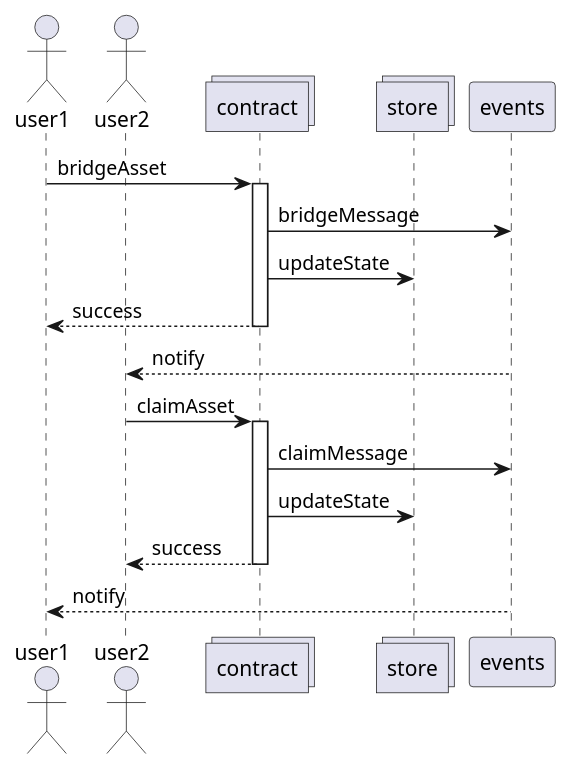
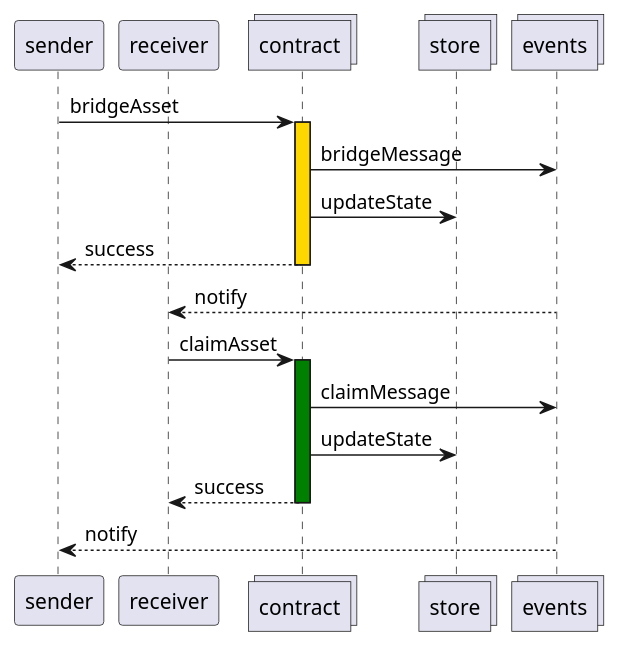
The diagram in bridge-protocol.plantuml (christophercampbell/bridge-protocol), drawn with PlantUML before and after one commit. The commit also changed 1 other file, not shown here.

Commit message:
simplified diagram

```diff
--- a/bridge-protocol.plantuml
+++ b/bridge-protocol.plantuml
@@ -1,20 +1,23 @@
 @startuml
-actor user1 as user1
-actor user2 as user2
+participant sender
+participant receiver
+collections contract
+collections store
+collections events
 
-collections contract as contract
-collections store as store
-user1->contract ++: bridgeAsset
+sender->contract ++ #gold: bridgeAsset
 
 contract->events : bridgeMessage
 contract->store : updateState
 return success
 
-user2<--events: notify
-user2->contract ++: claimAsset
+receiver<--events: notify
+
+receiver->contract ++ #green: claimAsset
+
 contract->events: claimMessage
 contract->store: updateState
 return success
 
-events-->user1: notify
+events-->sender: notify
 @enduml
```
